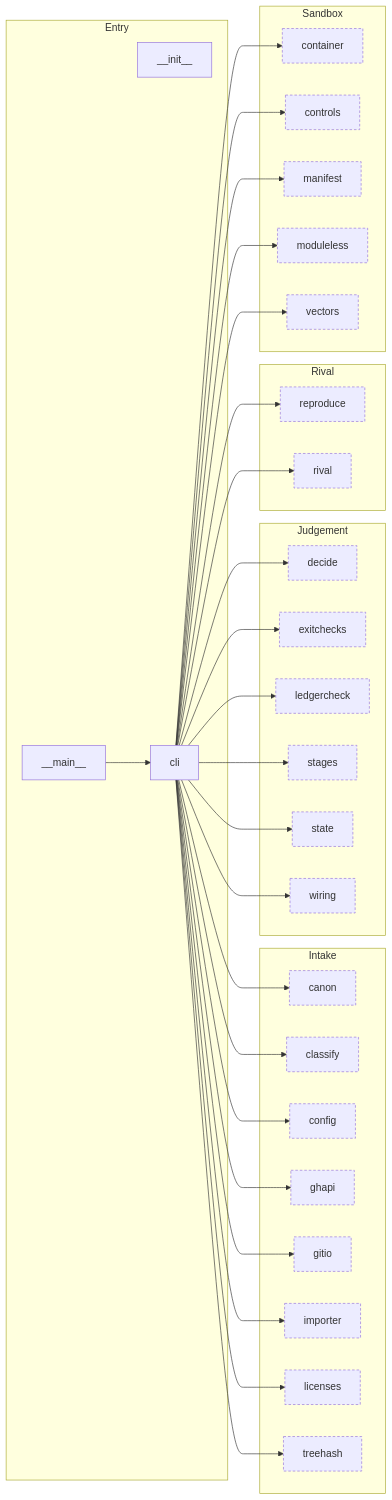
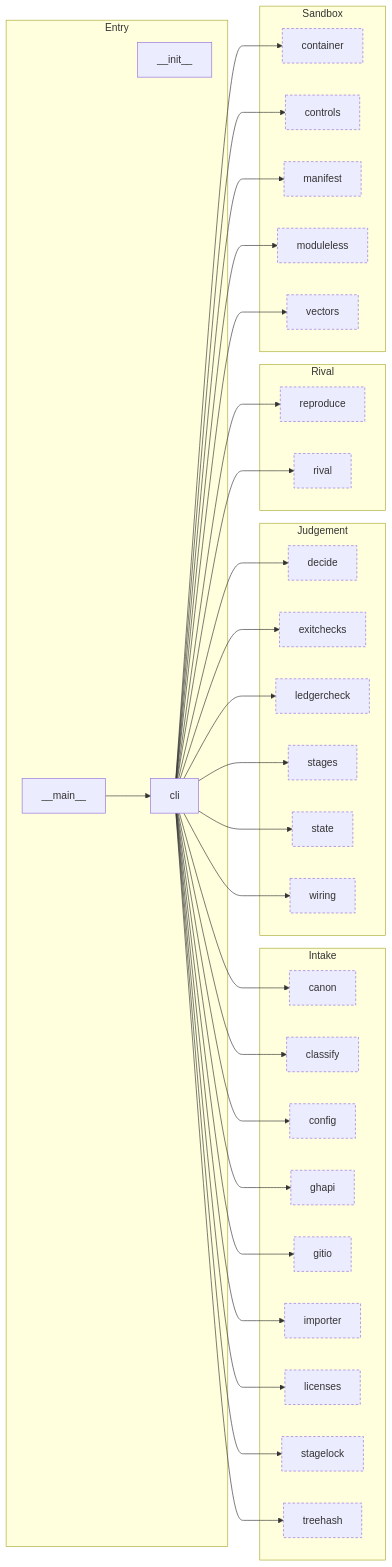
One commit to Okan-wqm/snowball-mcp changed the third of 8 diagrams in docs/harita.md. Above: the diagram before and after it, drawn with Mermaid. The commit also changed other lines of this file and 17 other files, not shown here.

````diff
--- a/docs/harita.md
+++ b/docs/harita.md
@@ -97,60 +97,62 @@
 ```mermaid
 flowchart LR
   subgraph a_Entry["Entry"]
     m___init__["__init__"]
     m___main__["__main__"]
     m_cli["cli"]
   end
   subgraph a_Intake["Intake"]
     m_canon["canon"]:::outside
     m_classify["classify"]:::outside
     m_config["config"]:::outside
     m_ghapi["ghapi"]:::outside
     m_gitio["gitio"]:::outside
     m_importer["importer"]:::outside
     m_licenses["licenses"]:::outside
+    m_stagelock["stagelock"]:::outside
     m_treehash["treehash"]:::outside
   end
   subgraph a_Judgement["Judgement"]
     m_decide["decide"]:::outside
     m_exitchecks["exitchecks"]:::outside
     m_ledgercheck["ledgercheck"]:::outside
     m_stages["stages"]:::outside
     m_state["state"]:::outside
     m_wiring["wiring"]:::outside
   end
   subgraph a_Rival["Rival"]
     m_reproduce["reproduce"]:::outside
     m_rival["rival"]:::outside
   end
   subgraph a_Sandbox["Sandbox"]
     m_container["container"]:::outside
     m_controls["controls"]:::outside
     m_manifest["manifest"]:::outside
     m_moduleless["moduleless"]:::outside
     m_vectors["vectors"]:::outside
   end
   m___main__ --> m_cli
   m_cli --> m_canon
   m_cli --> m_classify
   m_cli --> m_config
   m_cli --> m_container
   m_cli --> m_controls
   m_cli --> m_decide
   m_cli --> m_exitchecks
   m_cli --> m_ghapi
   m_cli --> m_gitio
   m_cli --> m_importer
   m_cli --> m_ledgercheck
   m_cli --> m_licenses
   m_cli --> m_manifest
   m_cli --> m_moduleless
   m_cli --> m_reproduce
   m_cli --> m_rival
+  m_cli --> m_stagelock
   m_cli --> m_stages
   m_cli --> m_state
   m_cli --> m_treehash
   m_cli --> m_vectors
   m_cli --> m_wiring
   classDef outside stroke-dasharray: 4 3
 ```
````
